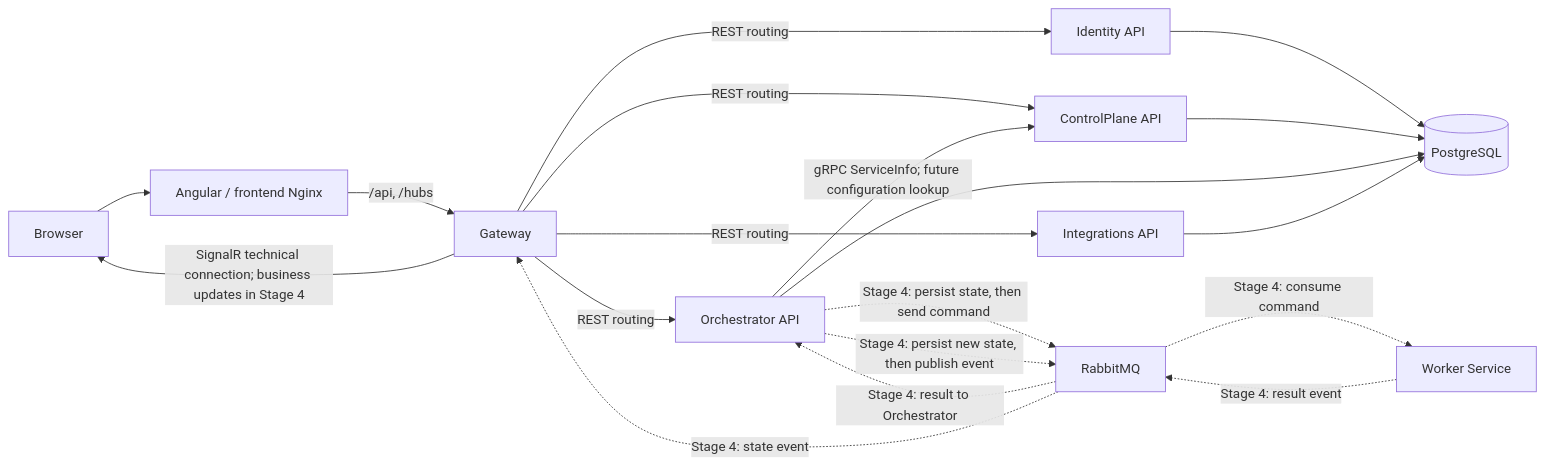
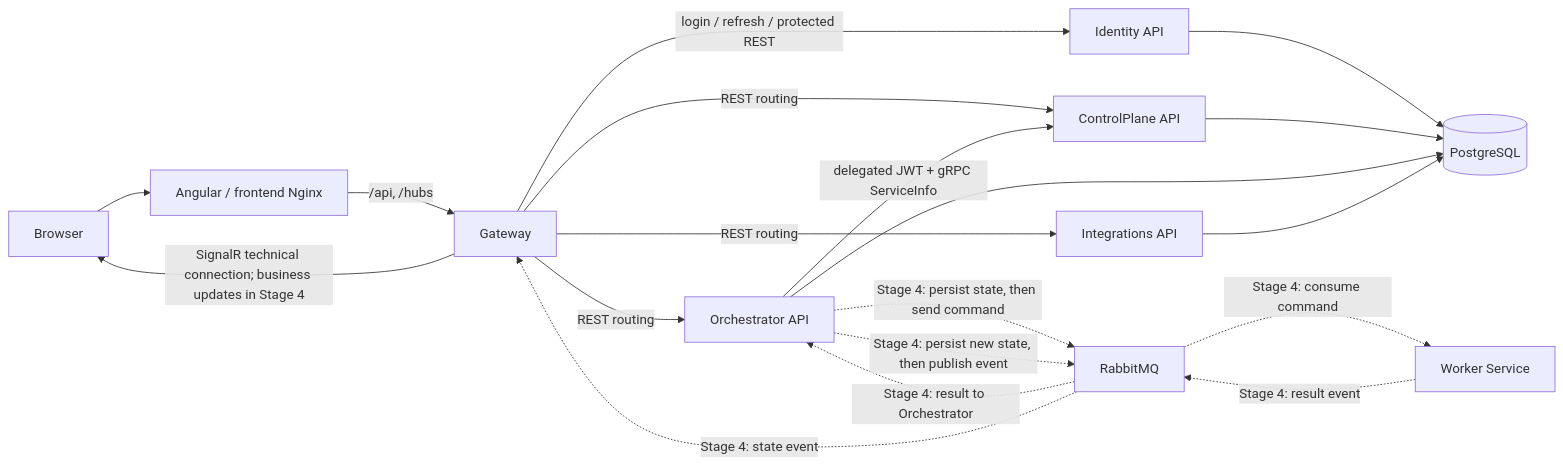
One commit to SqeeZarion/AiControlCenter changed the first of 2 diagrams in README.md. Above: the diagram before and after it, drawn with Mermaid. The commit also changed other lines of this file and 115 other files, not shown here.

````diff
--- a/README.md
+++ b/README.md
@@ -22,26 +34,26 @@
 ```mermaid
 flowchart LR
     B["Browser"] --> F["Angular / frontend Nginx"]
     F -->|"/api, /hubs"| G["Gateway"]
 
-    G -->|"REST routing"| ID["Identity API"]
+    G -->|"login / refresh / protected REST"| ID["Identity API"]
     G -->|"REST routing"| CP["ControlPlane API"]
     G -->|"REST routing"| OR["Orchestrator API"]
     G -->|"REST routing"| IN["Integrations API"]
 
-    OR -->|"gRPC ServiceInfo; future configuration lookup"| CP
+    OR -->|"delegated JWT + gRPC ServiceInfo"| CP
 
     OR -.->|"Stage 4: persist state, then send command"| MQ["RabbitMQ"]
     MQ -.->|"Stage 4: consume command"| W["Worker Service"]
     W -.->|"Stage 4: result event"| MQ
     MQ -.->|"Stage 4: result to Orchestrator"| OR
     OR -.->|"Stage 4: persist new state, then publish event"| MQ
     MQ -.->|"Stage 4: state event"| G
 
     G -->|"SignalR technical connection; business updates in Stage 4"| B
 
     ID --> PG[("PostgreSQL")]
     CP --> PG
     OR --> PG
     IN --> PG
 ```
````
